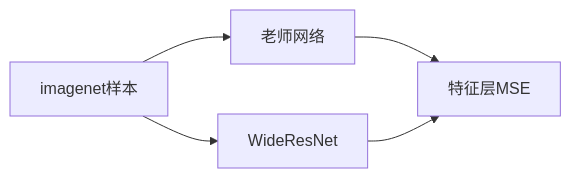
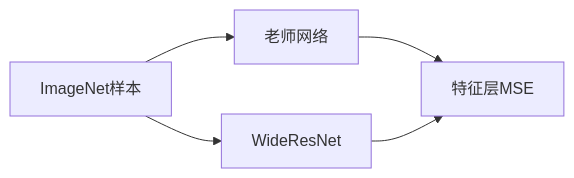
One commit to Edlinf/Edlinf.github.io changed the second of 5 diagrams in _posts/2025-06-18-EfficientAD.md. Above: the diagram before and after it, drawn with Mermaid. The commit also changed other lines of this file and 1 other file, not shown here.

````diff
--- a/_posts/2025-06-18-EfficientAD.md
+++ b/_posts/2025-06-18-EfficientAD.md
@@ -39,5 +47,5 @@
 ```mermaid
 graph LR
-    A[imagenet样本] --> B[老师网络] & C[WideResNet]
+    A[ImageNet样本] --> B[老师网络] & C[WideResNet]
     B & C --> D[特征层MSE]
 ```
````
